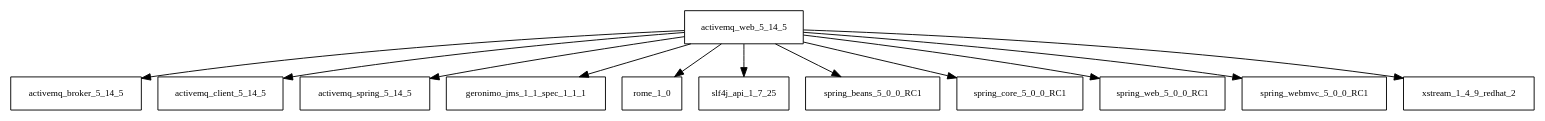
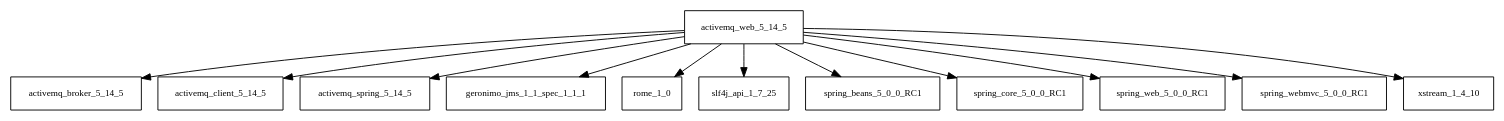
The diagram in tattleTaleReport/graphviz/activemq-web-5.14.5.jar/activemq-web-5.14.5.jar.dot (AglaianWoman/cia), drawn with Graphviz before and after one commit. The commit also changed 2185 other files, not shown here.

```diff
--- a/tattleTaleReport/graphviz/activemq-web-5.14.5.jar/activemq-web-5.14.5.jar.dot
+++ b/tattleTaleReport/graphviz/activemq-web-5.14.5.jar/activemq-web-5.14.5.jar.dot
@@ -1,14 +1,14 @@
 digraph activemq_web_5_14_5_dependencies {
   node [shape = box, fontsize=10.0];
   activemq_web_5_14_5 -> activemq_broker_5_14_5;
   activemq_web_5_14_5 -> activemq_client_5_14_5;
   activemq_web_5_14_5 -> activemq_spring_5_14_5;
   activemq_web_5_14_5 -> geronimo_jms_1_1_spec_1_1_1;
   activemq_web_5_14_5 -> rome_1_0;
   activemq_web_5_14_5 -> slf4j_api_1_7_25;
   activemq_web_5_14_5 -> spring_beans_5_0_0_RC1;
   activemq_web_5_14_5 -> spring_core_5_0_0_RC1;
   activemq_web_5_14_5 -> spring_web_5_0_0_RC1;
   activemq_web_5_14_5 -> spring_webmvc_5_0_0_RC1;
-  activemq_web_5_14_5 -> xstream_1_4_9_redhat_2;
+  activemq_web_5_14_5 -> xstream_1_4_10;
 }
```
